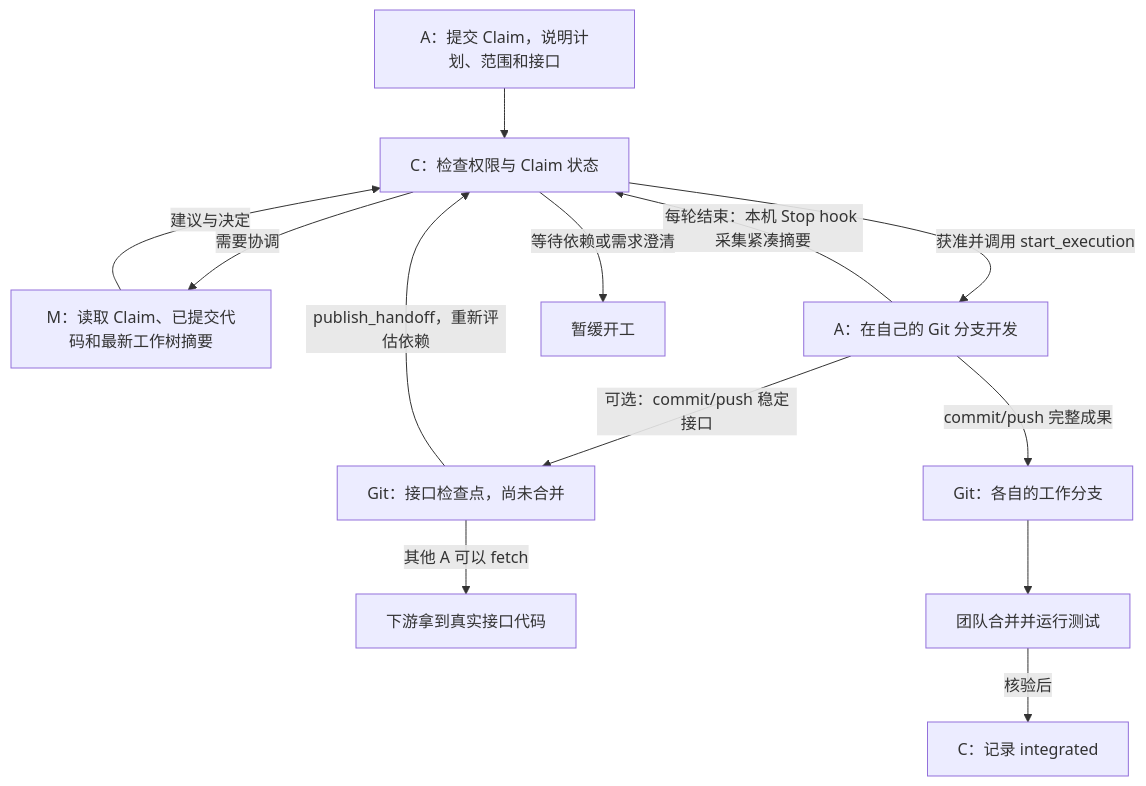
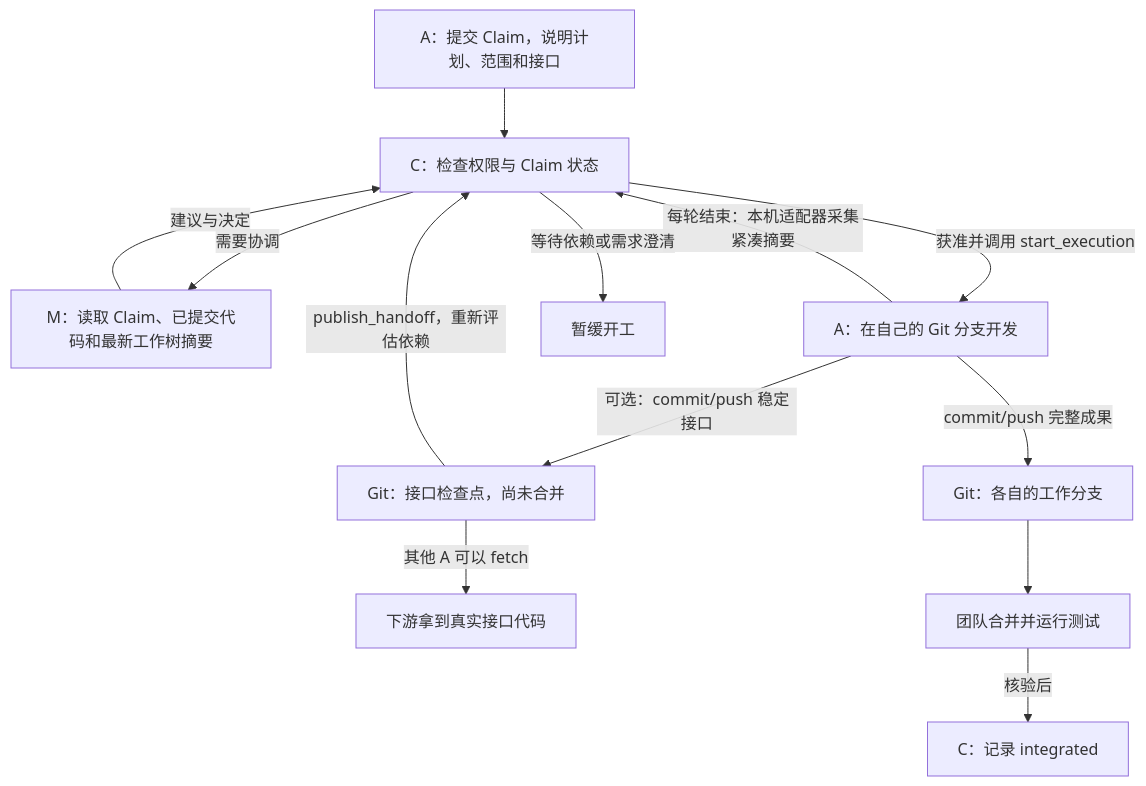
One commit to yigezong/tca changed the diagram in README_zh.md. Above: the diagram before and after it, drawn with Mermaid. The commit also changed other lines of this file and 8 other files, not shown here.

````diff
--- a/README_zh.md
+++ b/README_zh.md
@@ -26,15 +26,15 @@
 ```mermaid
 flowchart TD
     A["A：提交 Claim，说明计划、范围和接口"] --> C["C：检查权限与 Claim 状态"]
     C -->|需要协调| M["M：读取 Claim、已提交代码和最新工作树摘要"]
     M -->|建议与决定| C
     C -->|获准并调用 start_execution| D["A：在自己的 Git 分支开发"]
-    D -->|每轮结束：本机 Stop hook 采集紧凑摘要| C
+    D -->|每轮结束：本机适配器采集紧凑摘要| C
     C -->|等待依赖或需求澄清| W["暂缓开工"]
     D -->|可选：commit/push 稳定接口| H["Git：接口检查点，尚未合并"]
     H -->|publish_handoff，重新评估依赖| C
     H -->|其他 A 可以 fetch| R["下游拿到真实接口代码"]
     D -->|commit/push 完整成果| G["Git：各自的工作分支"]
     G --> I["团队合并并运行测试"]
     I -->|核验后| F["C：记录 integrated"]
 ```
````
